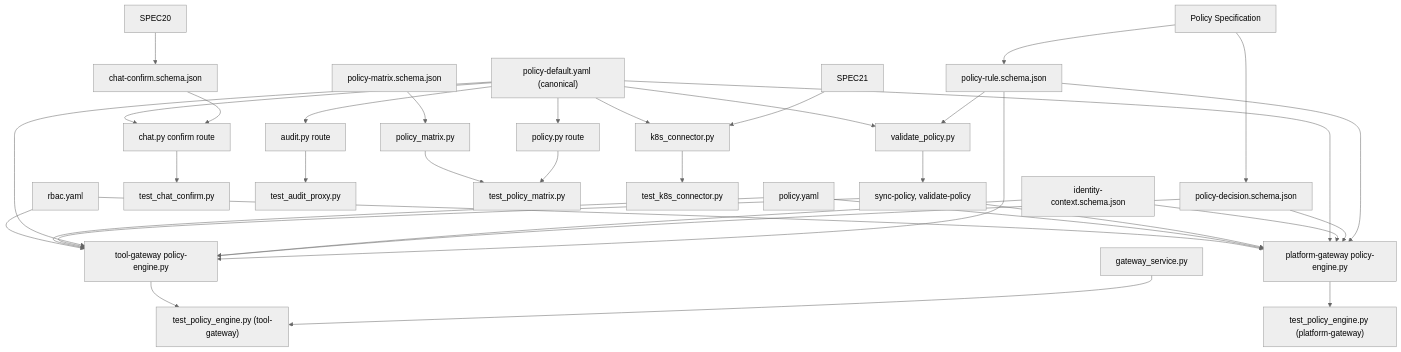
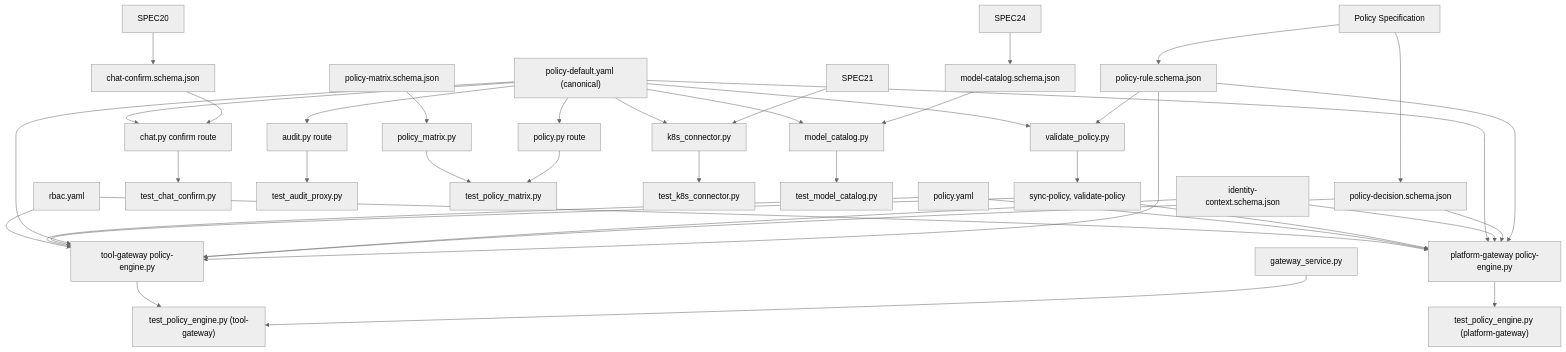
Before and after one commit to metasync/luban-aiops: the fifth of 5 diagrams in .qoder/repowiki/en/content/Policy Management/Policy Management.md, drawn with Mermaid (neutral theme). The commit also changed other lines of this file and 24 other files, not shown here.

````diff
--- a/.qoder/repowiki/en/content/Policy Management/Policy Management.md
+++ b/.qoder/repowiki/en/content/Policy Management/Policy Management.md
@@ -804,63 +906,70 @@
 ```mermaid
 graph TB
 POLICY_SPEC["Policy Specification"]
 RULE_SCHEMA["policy-rule.schema.json"]
 DECISION_SCHEMA["policy-decision.schema.json"]
 IDENTITY_SCHEMA["identity-context.schema.json"]
 MATRIX_SCHEMA["policy-matrix.schema.json"]
 CONFIRM_SCHEMA["chat-confirm.schema.json"]
+MODEL_SCHEMA["model-catalog.schema.json"]
 ENGINE_TOOL["tool-gateway policy-engine.py"]
 ENGINE_PLATFORM["platform-gateway policy-engine.py"]
 GATEWAY_SERVICE["gateway_service.py"]
 MATRIX_ENGINE["policy_matrix.py"]
 CHAT_ROUTE["chat.py confirm route"]
 K8S_CONNECTOR["k8s_connector.py"]
+MODEL_CATALOG["model_catalog.py"]
 DEFAULT_YAML["policy-default.yaml (canonical)"]
 TEST_TOOL["test_policy_engine.py (tool-gateway)"]
 TEST_PLATFORM["test_policy_engine.py (platform-gateway)"]
 TEST_CHAT["test_chat_confirm.py"]
 TEST_AUDIT["test_audit_proxy.py"]
 TEST_MATRIX["test_policy_matrix.py"]
 TEST_K8S["test_k8s_connector.py"]
+TEST_MODEL["test_model_catalog.py"]
 K8S_POLICY["policy.yaml"]
 K8S_RBAC["rbac.yaml"]
 VALIDATE_SCRIPT["validate_policy.py"]
 MAKEFILE_TARGETS["sync-policy, validate-policy"]
 AUDIT_ROUTE["audit.py route"]
 POLICY_ROUTE["policy.py route"]
 POLICY_SPEC --> RULE_SCHEMA
 POLICY_SPEC --> DECISION_SCHEMA
 SPEC20 --> CONFIRM_SCHEMA
 SPEC21 --> K8S_CONNECTOR
+SPEC24 --> MODEL_SCHEMA
 RULE_SCHEMA --> ENGINE_TOOL
 RULE_SCHEMA --> ENGINE_PLATFORM
 RULE_SCHEMA --> VALIDATE_SCRIPT
 DECISION_SCHEMA --> ENGINE_TOOL
 DECISION_SCHEMA --> ENGINE_PLATFORM
 IDENTITY_SCHEMA --> ENGINE_TOOL
 IDENTITY_SCHEMA --> ENGINE_PLATFORM
 MATRIX_SCHEMA --> MATRIX_ENGINE
 CONFIRM_SCHEMA --> CHAT_ROUTE
+MODEL_SCHEMA --> MODEL_CATALOG
 DEFAULT_YAML --> VALIDATE_SCRIPT
 DEFAULT_YAML --> ENGINE_TOOL
 DEFAULT_YAML --> ENGINE_PLATFORM
 DEFAULT_YAML --> AUDIT_ROUTE
 DEFAULT_YAML --> POLICY_ROUTE
 DEFAULT_YAML --> CHAT_ROUTE
 DEFAULT_YAML --> K8S_CONNECTOR
+DEFAULT_YAML --> MODEL_CATALOG
 VALIDATE_SCRIPT --> MAKEFILE_TARGETS
 MAKEFILE_TARGETS --> ENGINE_TOOL
 MAKEFILE_TARGETS --> ENGINE_PLATFORM
 GATEWAY_SERVICE --> TEST_TOOL
 K8S_CONNECTOR --> TEST_K8S
 ENGINE_TOOL --> TEST_TOOL
 ENGINE_PLATFORM --> TEST_PLATFORM
 CHAT_ROUTE --> TEST_CHAT
 AUDIT_ROUTE --> TEST_AUDIT
 POLICY_ROUTE --> TEST_MATRIX
 MATRIX_ENGINE --> TEST_MATRIX
+MODEL_CATALOG --> TEST_MODEL
 K8S_POLICY --> ENGINE_TOOL
 K8S_POLICY --> ENGINE_PLATFORM
 K8S_RBAC --> ENGINE_TOOL
 K8S_RBAC --> ENGINE_PLATFORM
 ```
````
